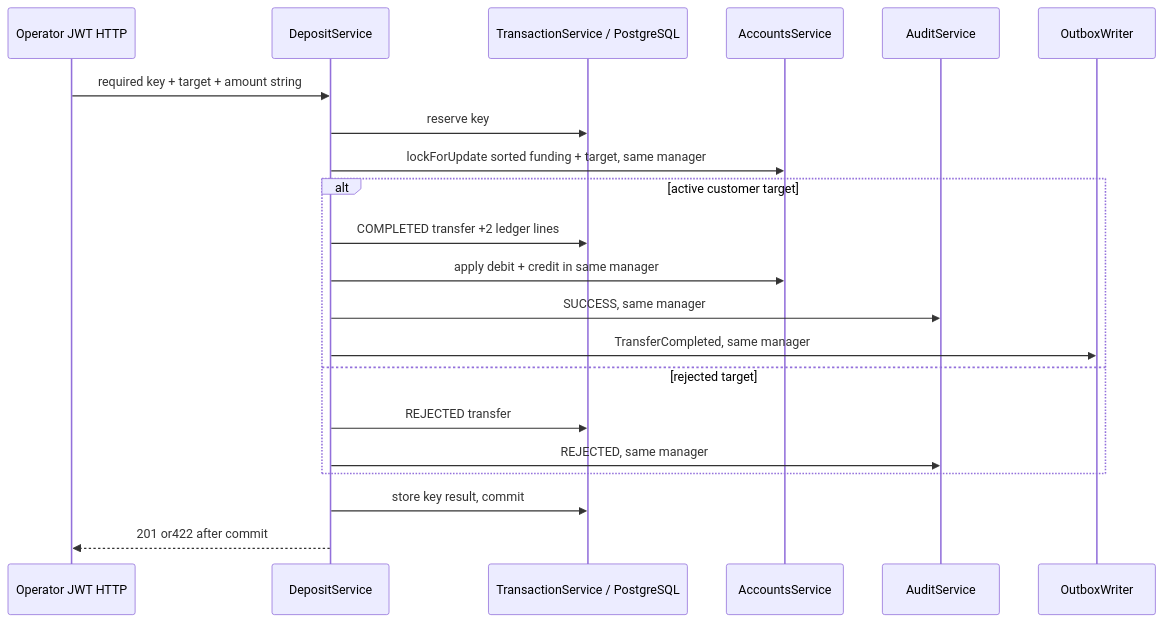
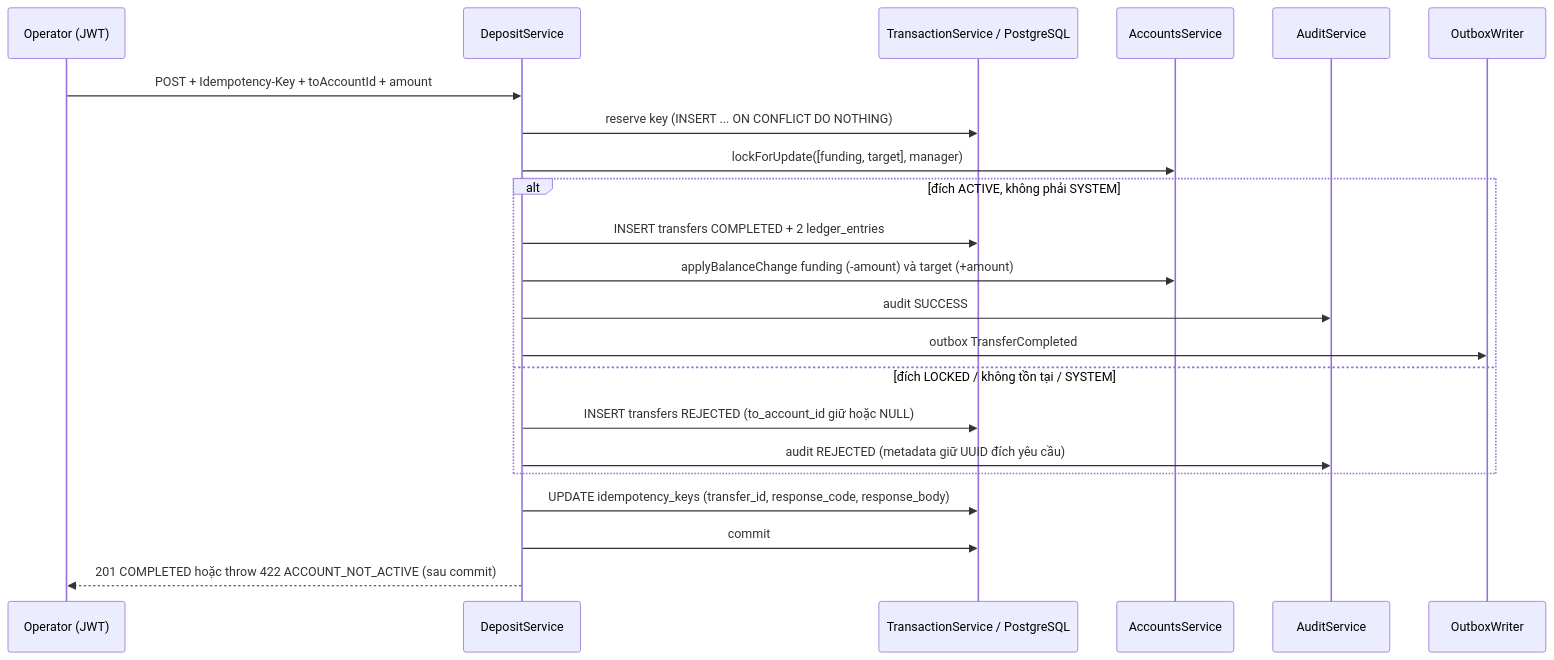
Before and after one commit to Lawliet119/digital-banking-simulator: the diagram in docs/features/DBS-60-operator-deposits.md, drawn with Mermaid. The commit also changed other lines of this file and 2 other files, not shown here.

First line of the commit message:
docs(ledger): viết lại feature doc DBS-60 và BACKLOG bằng tiếng Việt

````diff
--- a/docs/features/DBS-60-operator-deposits.md
+++ b/docs/features/DBS-60-operator-deposits.md
@@ -33,23 +78,24 @@
 ```mermaid
 sequenceDiagram
- participant O as Operator JWT HTTP
- participant L as DepositService
- participant DB as TransactionService / PostgreSQL
- participant A as AccountsService
- participant AU as AuditService
- participant E as OutboxWriter
- O->>L: required key + target + amount string
- L->>DB: reserve key
- L->>A: lockForUpdate sorted funding + target, same manager
- alt active customer target
- L->>DB: COMPLETED transfer +2 ledger lines
- L->>A: apply debit + credit in same manager
- L->>AU: SUCCESS, same manager
- L->>E: TransferCompleted, same manager
- else rejected target
- L->>DB: REJECTED transfer
- L->>AU: REJECTED, same manager
- end
- L->>DB: store key result, commit
- L-->>O:201 or422 after commit
+  participant O as Operator (JWT)
+  participant L as DepositService
+  participant DB as TransactionService / PostgreSQL
+  participant A as AccountsService
+  participant AU as AuditService
+  participant E as OutboxWriter
+  O->>L: POST + Idempotency-Key + toAccountId + amount
+  L->>DB: reserve key (INSERT ... ON CONFLICT DO NOTHING)
+  L->>A: lockForUpdate([funding, target], manager)
+  alt đích ACTIVE, không phải SYSTEM
+    L->>DB: INSERT transfers COMPLETED + 2 ledger_entries
+    L->>A: applyBalanceChange funding (-amount) và target (+amount)
+    L->>AU: audit SUCCESS
+    L->>E: outbox TransferCompleted
+  else đích LOCKED / không tồn tại / SYSTEM
+    L->>DB: INSERT transfers REJECTED (to_account_id giữ hoặc NULL)
+    L->>AU: audit REJECTED (metadata giữ UUID đích yêu cầu)
+  end
+  L->>DB: UPDATE idempotency_keys (transfer_id, response_code, response_body)
+  L->>DB: commit
+  L-->>O: 201 COMPLETED hoặc throw 422 ACCOUNT_NOT_ACTIVE (sau commit)
 ```
````
